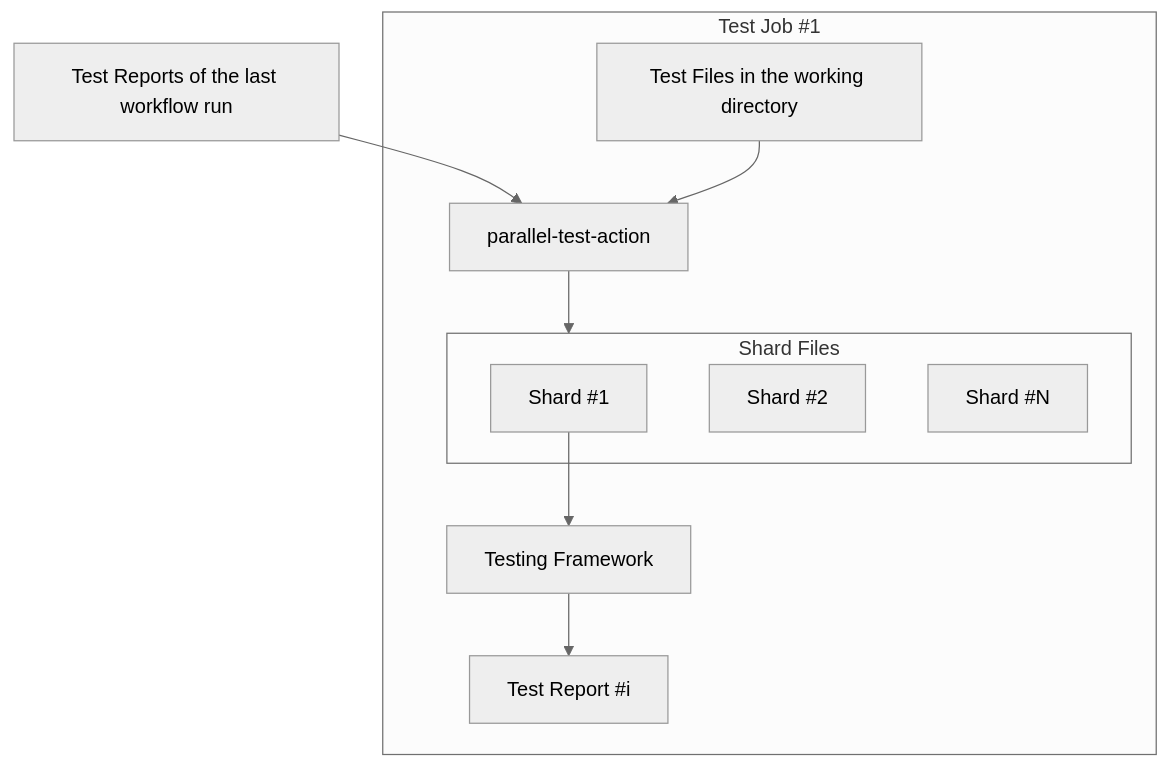
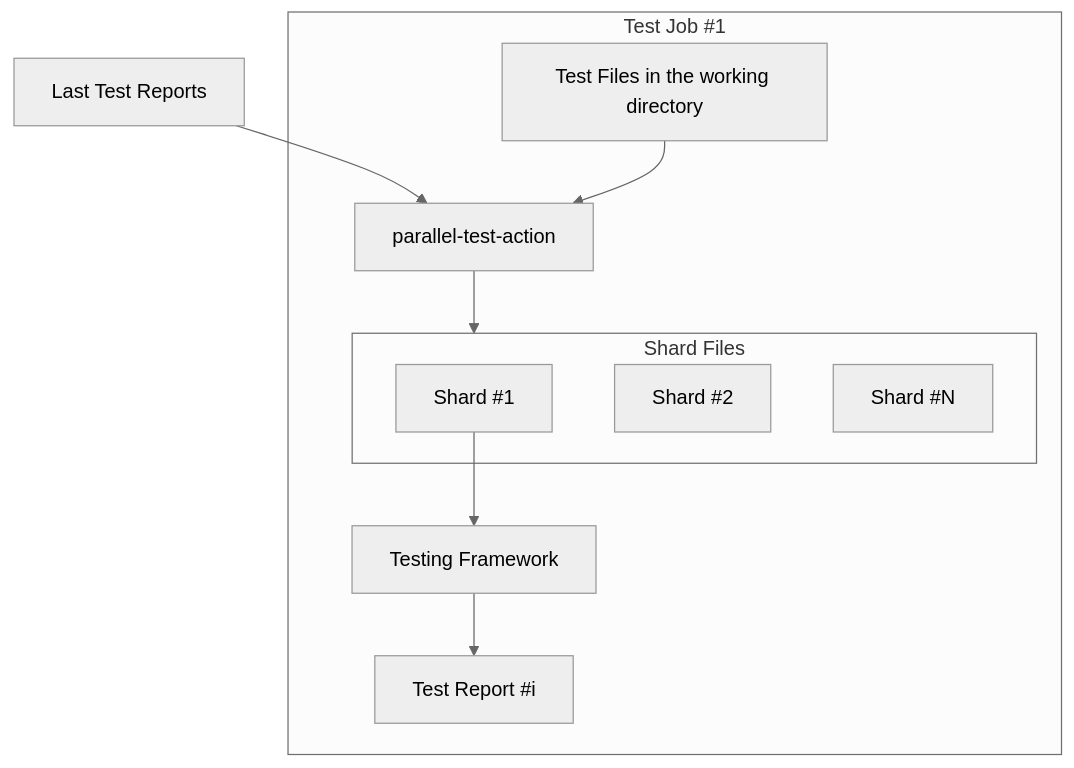
The first of 2 diagrams in README.md (int128/parallel-test-action), drawn with Mermaid (neutral theme) before and after one commit. The commit also changed other lines of this file, not shown here.

````diff
--- a/README.md
+++ b/README.md
@@ -81,15 +93,15 @@
 ```mermaid
 graph TB
-  LTR[Test Reports of the last workflow run] --> A
+  LTR[Last Test Reports] --> A
   subgraph Test Job #1
     A[parallel-test-action]
     WT1[Test Files in the working directory] --> A
     subgraph SF[Shard Files]
       S1[Shard #1]
       S2[Shard #2]
       S3[Shard #N]
     end
     A --> SF
     S1 --> T[Testing Framework] --> TR[Test Report #i]
   end
 ```
````
